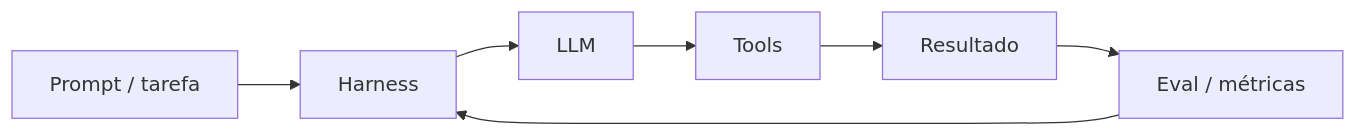
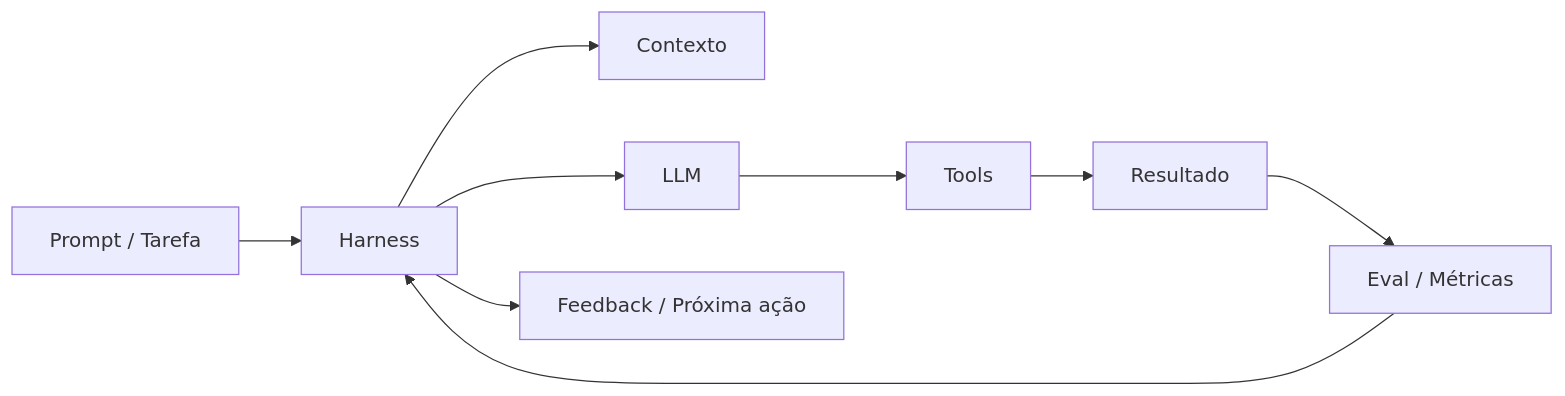
Before and after one commit to wvianna/dev-embarcado-sdd-ia: the fourth of 25 diagrams in apresentação/palestra_sdd_software_embarcado.md, drawn with Mermaid. The commit also changed other lines of this file and 6 other files, not shown here.

````diff
--- a/apresentação/palestra_sdd_software_embarcado.md
+++ b/apresentação/palestra_sdd_software_embarcado.md
@@ -250,9 +250,11 @@
 ```mermaid
 flowchart LR
-    P[Prompt / tarefa] --> H[Harness]
+    P[Prompt / Tarefa] --> H[Harness]
+    H --> C[Contexto]
     H --> L[LLM]
     L --> T[Tools]
     T --> R[Resultado]
-    R --> E[Eval / métricas]
+    R --> E[Eval / Métricas]
     E --> H
+    H --> F[Feedback / Próxima ação]
 ```
````
